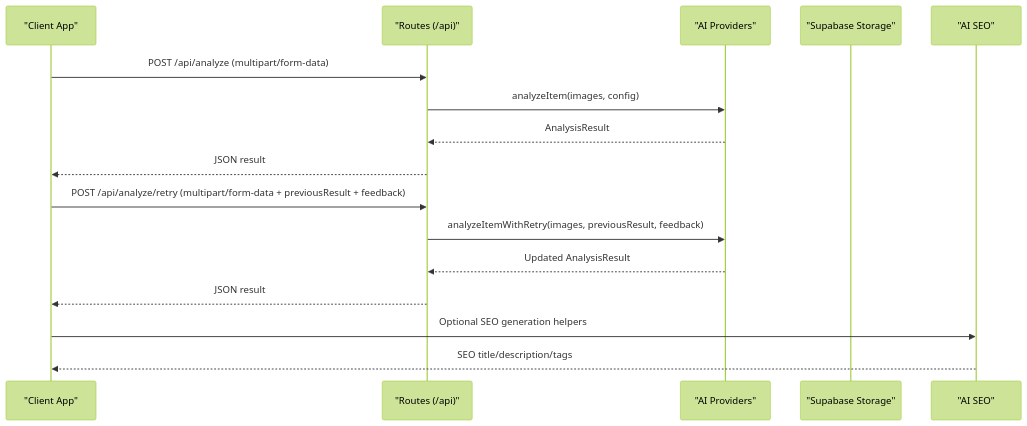
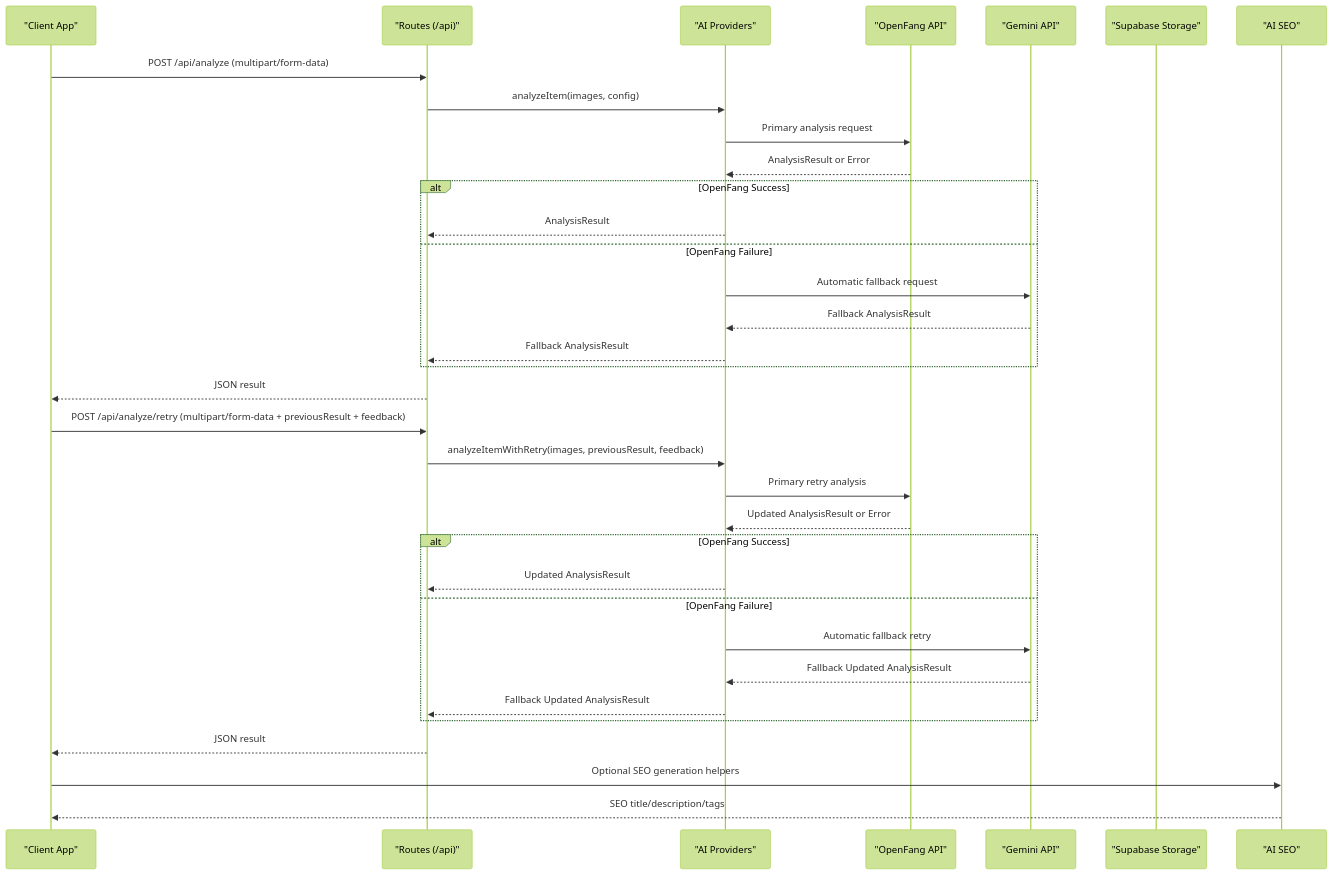
One commit to hunglevi87/Hidden-Gem changed the second of 10 diagrams in .qoder/repowiki/en/content/Backend Services/API Endpoints/Analysis Endpoints.md. Above: the diagram before and after it, drawn with Mermaid (forest theme). The commit also changed other lines of this file and 5 other files, not shown here.

````diff
--- a/.qoder/repowiki/en/content/Backend Services/API Endpoints/Analysis Endpoints.md
+++ b/.qoder/repowiki/en/content/Backend Services/API Endpoints/Analysis Endpoints.md
@@ -106,18 +133,36 @@
 ```mermaid
 sequenceDiagram
 participant Client as "Client App"
 participant Routes as "Routes (/api)"
 participant Providers as "AI Providers"
+participant OpenFang as "OpenFang API"
+participant Gemini as "Gemini API"
 participant Storage as "Supabase Storage"
 participant SEO as "AI SEO"
 Client->>Routes : POST /api/analyze (multipart/form-data)
 Routes->>Providers : analyzeItem(images, config)
+Providers->>OpenFang : Primary analysis request
+OpenFang-->>Providers : AnalysisResult or Error
+alt OpenFang Success
 Providers-->>Routes : AnalysisResult
+else OpenFang Failure
+Providers->>Gemini : Automatic fallback request
+Gemini-->>Providers : Fallback AnalysisResult
+Providers-->>Routes : Fallback AnalysisResult
+end
 Routes-->>Client : JSON result
 Client->>Routes : POST /api/analyze/retry (multipart/form-data + previousResult + feedback)
 Routes->>Providers : analyzeItemWithRetry(images, previousResult, feedback)
+Providers->>OpenFang : Primary retry analysis
+OpenFang-->>Providers : Updated AnalysisResult or Error
+alt OpenFang Success
 Providers-->>Routes : Updated AnalysisResult
+else OpenFang Failure
+Providers->>Gemini : Automatic fallback retry
+Gemini-->>Providers : Fallback Updated AnalysisResult
+Providers-->>Routes : Fallback Updated AnalysisResult
+end
 Routes-->>Client : JSON result
 Client->>SEO : Optional SEO generation helpers
 SEO-->>Client : SEO title/description/tags
 ```
````
